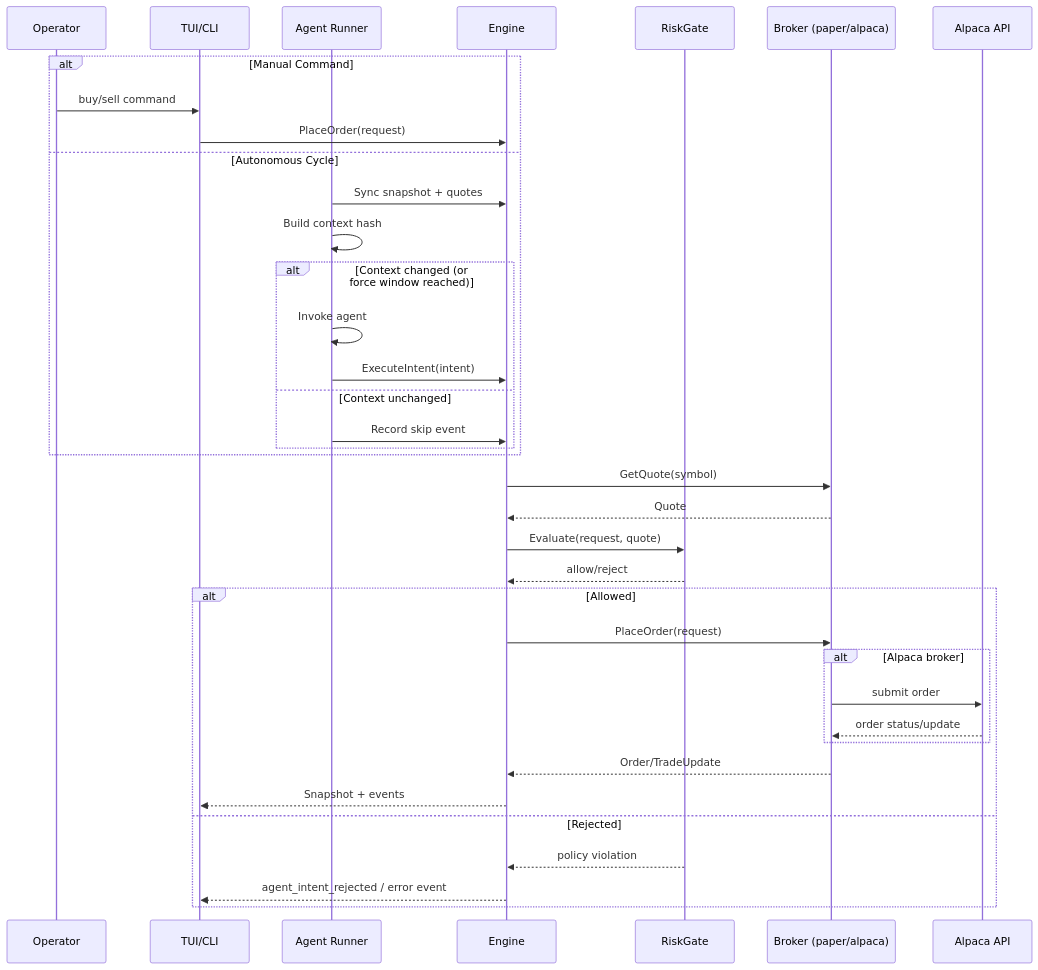
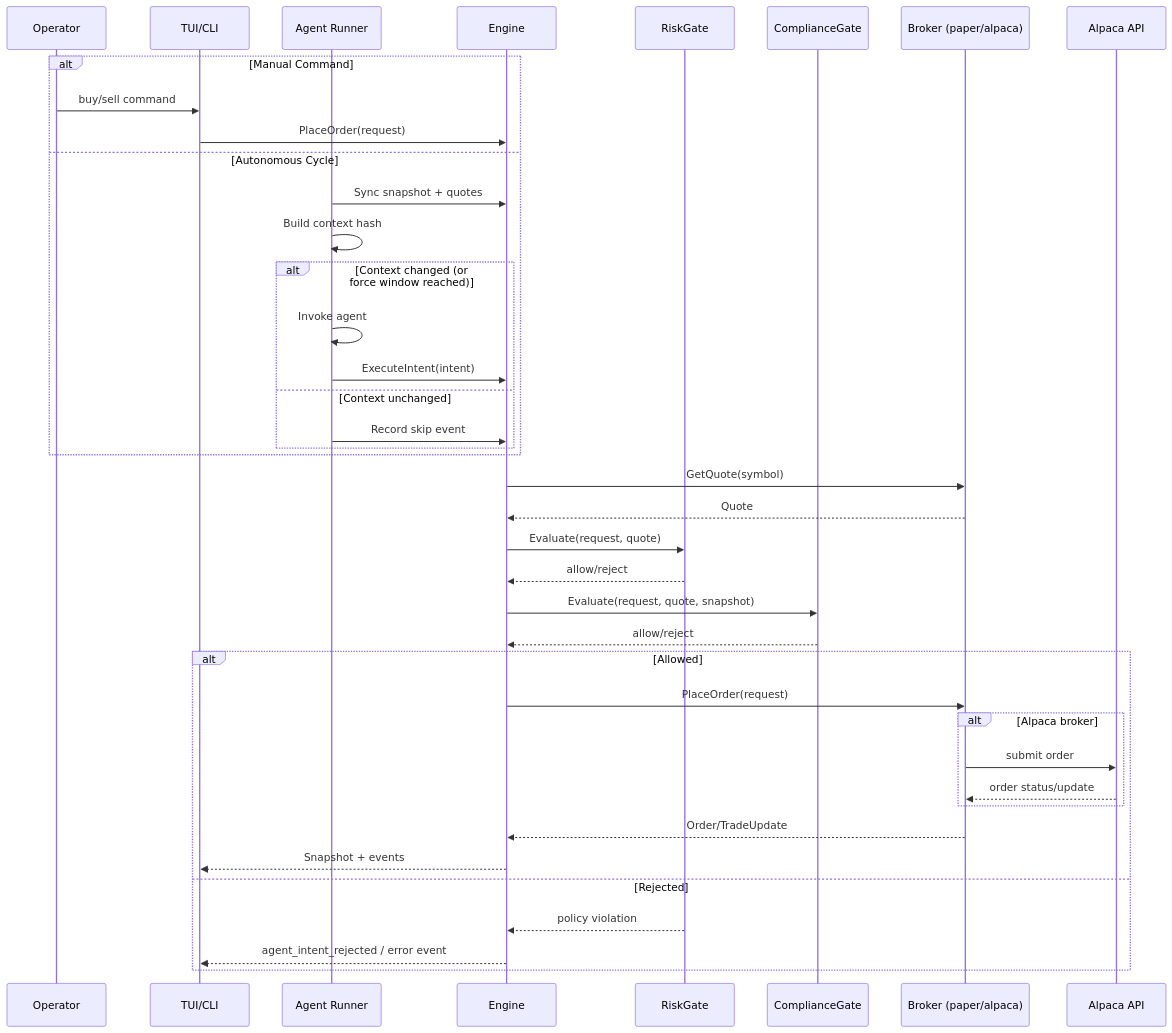
The second of 6 diagrams in docs/architecture.md (nerdstep/helix-tui), drawn with Mermaid before and after one commit. The commit also changed other lines of this file and 20 other files, not shown here.

````diff
--- a/docs/architecture.md
+++ b/docs/architecture.md
@@ -53,42 +55,45 @@
 ```mermaid
 sequenceDiagram
     participant Op as Operator
     participant T as TUI/CLI
     participant A as Agent Runner
     participant E as Engine
     participant R as RiskGate
+    participant C as ComplianceGate
     participant B as Broker (paper/alpaca)
     participant X as Alpaca API
 
     alt Manual Command
         Op->>T: buy/sell command
         T->>E: PlaceOrder(request)
     else Autonomous Cycle
         A->>E: Sync snapshot + quotes
         A->>A: Build context hash
         alt Context changed (or force window reached)
             A->>A: Invoke agent
             A->>E: ExecuteIntent(intent)
         else Context unchanged
             A->>E: Record skip event
         end
     end
 
     E->>B: GetQuote(symbol)
     B-->>E: Quote
     E->>R: Evaluate(request, quote)
     R-->>E: allow/reject
+    E->>C: Evaluate(request, quote, snapshot)
+    C-->>E: allow/reject
 
     alt Allowed
         E->>B: PlaceOrder(request)
         alt Alpaca broker
             B->>X: submit order
             X-->>B: order status/update
         end
         B-->>E: Order/TradeUpdate
         E-->>T: Snapshot + events
     else Rejected
         R-->>E: policy violation
         E-->>T: agent_intent_rejected / error event
     end
 ```
````
